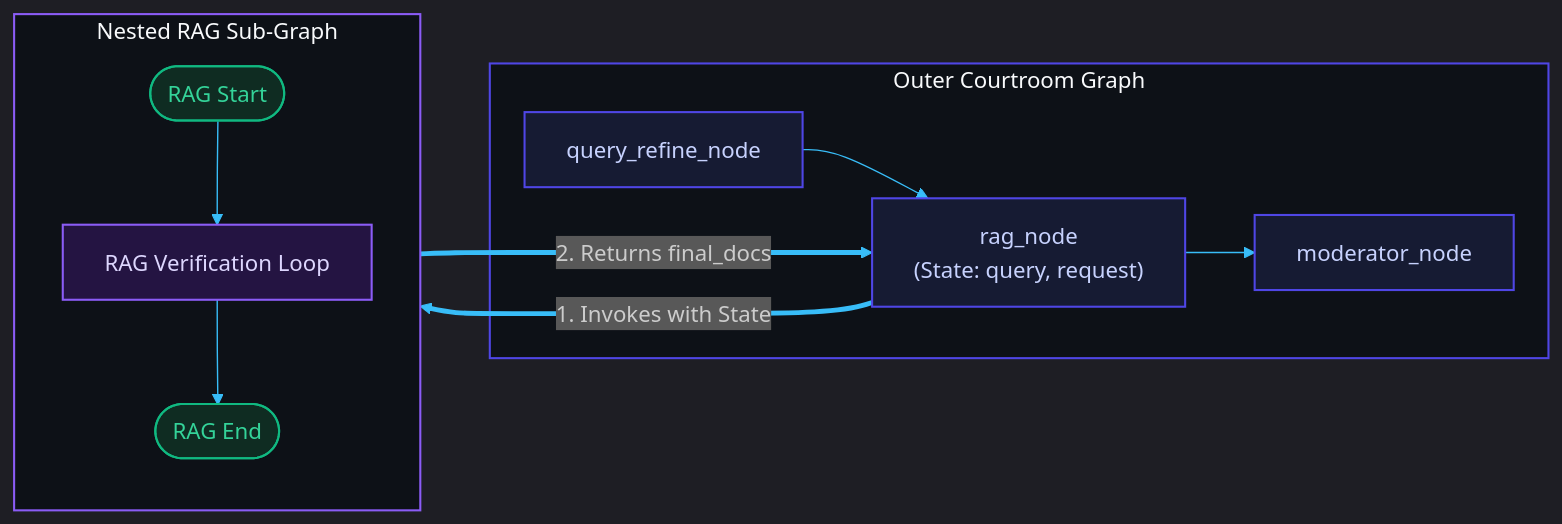
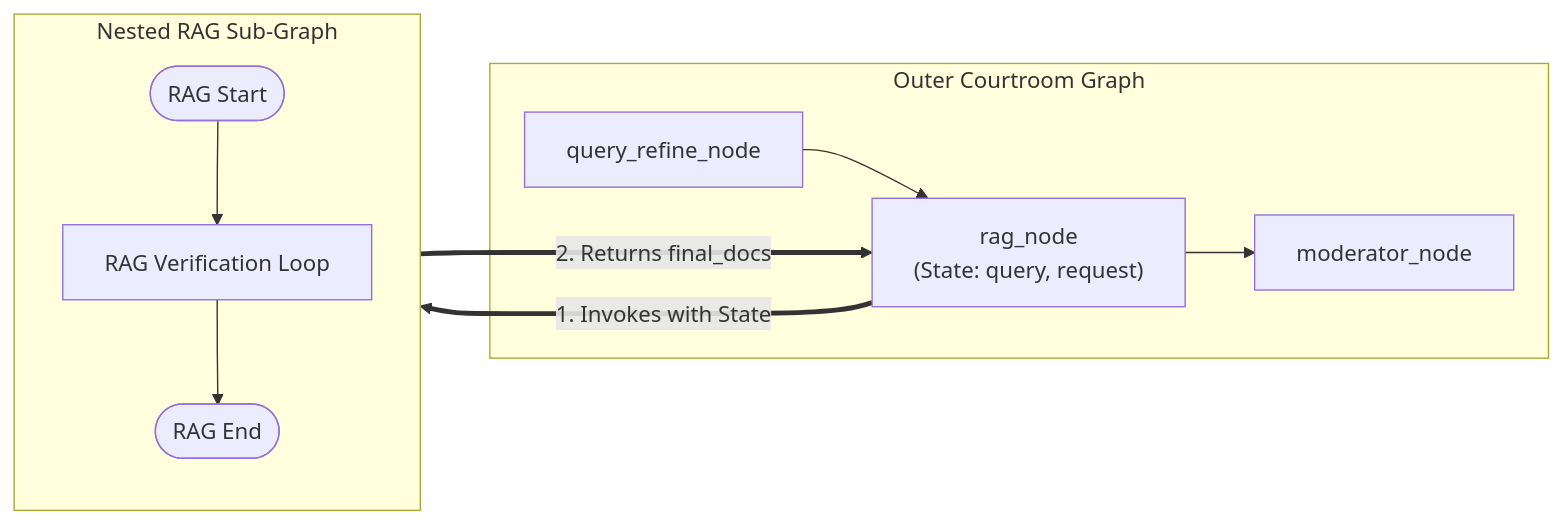
One commit to Somay-kousis/RabbitHole changed the third of 4 diagrams in README.md. Above: the diagram before and after it, drawn with Mermaid. The commit also changed other lines of this file, not shown here.

Commit message:
README: plain Mermaid diagrams, stack badges

````diff
--- a/README.md
+++ b/README.md
@@ -217,39 +176,17 @@
 ```mermaid
-%%{init: {
-  'theme': 'dark',
-  'themeVariables': {
-    'background': '#0b0f19',
-    'primaryColor': '#1e293b',
-    'primaryTextColor': '#f8fafc',
-    'lineColor': '#38bdf8',
-    'nodeBorder': '#334155',
-    'tertiaryColor': '#0f172a'
-  }
-}}%%
 flowchart LR
     subgraph Courtroom ["Outer Courtroom Graph"]
         QRefine[query_refine_node]
         RAGNode["rag_node<br/>(State: query, request)"]
         Moderator[moderator_node]
         QRefine --> RAGNode --> Moderator
     end
     
     subgraph RAGSub ["Nested RAG Sub-Graph"]
         direction TB
         RStart([RAG Start]) --> RAG_Pipeline[RAG Verification Loop] --> REnd([RAG End])
     end
     
     RAGNode ===>|1. Invokes with State| RStart
     REnd ===>|2. Returns final_docs| RAGNode
-
-    style Courtroom fill:#0d1117,stroke:#4f46e5,stroke-width:1.5px,color:#f8fafc;
-    style RAGSub fill:#0d1117,stroke:#8b5cf6,stroke-width:1.5px,color:#f8fafc;
-
-    classDef outerNode fill:#161b33,stroke:#4f46e5,stroke-width:1.5px,color:#c7d2fe;
-    classDef innerNode fill:#241442,stroke:#8b5cf6,stroke-width:1.5px,color:#ddd6fe;
-    classDef startEnd fill:#0f2c22,stroke:#10b981,stroke-width:1.5px,color:#34d399;
-
-    class QRefine,RAGNode,Moderator outerNode;
-    class RStart,REnd startEnd;
-    class RAG_Pipeline innerNode;
 ```
````
